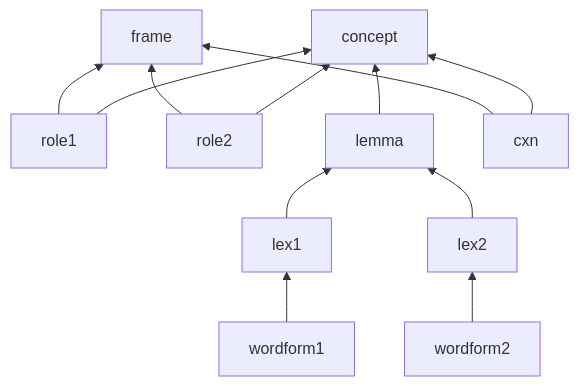
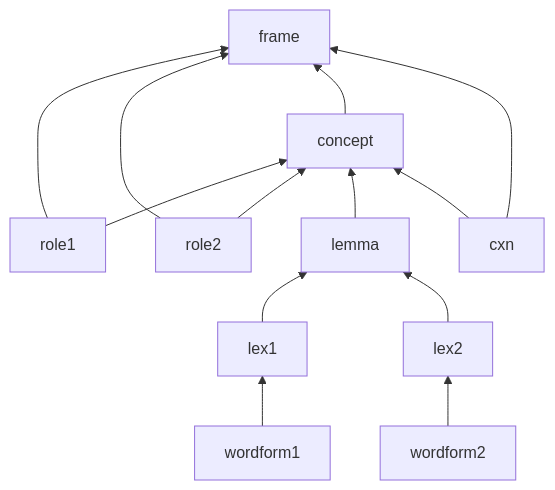
The diagram in content/Ideas.md (elymatos/fn4), drawn with Mermaid before and after one commit. The commit also changed 2 other files, not shown here.

Commit message:
Quartz sync: Jan 30, 2025, 10:48 AM

````diff
--- a/content/Ideas.md
+++ b/content/Ideas.md
@@ -2,15 +2,16 @@
 ```mermaid
 flowchart BT
 	role1 --> frame
 	role2 --> frame
 	role1 --> concept
 	role2 --> concept
+	concept --> frame
 	lemma --> concept
 	lex1 --> lemma
 	lex2 --> lemma
 	wordform1 --> lex1
 	wordform2 --> lex2
 	cxn --> frame
 	cxn --> concept
 
 ```
````
